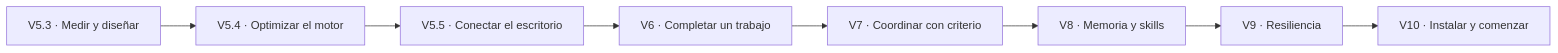
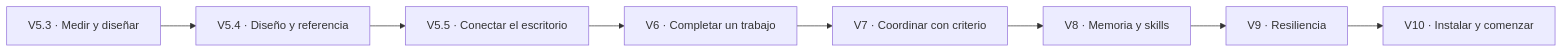
One commit to ymkaddur/neural-office changed the diagram in ROADMAP.md. Above: the diagram before and after it, drawn with Mermaid. The commit also changed other lines of this file and 26 other files, not shown here.

````diff
--- a/ROADMAP.md
+++ b/ROADMAP.md
@@ -5,10 +5,10 @@
 ```mermaid
 flowchart LR
-    A["V5.3 · Medir y diseñar"] --> B["V5.4 · Optimizar el motor"]
+    A["V5.3 · Medir y diseñar"] --> B["V5.4 · Diseño y referencia"]
     B --> C["V5.5 · Conectar el escritorio"]
     C --> D["V6 · Completar un trabajo"]
     D --> E["V7 · Coordinar con criterio"]
     E --> F["V8 · Memoria y skills"]
     F --> G["V9 · Resiliencia"]
     G --> H["V10 · Instalar y comenzar"]
 ```
````
